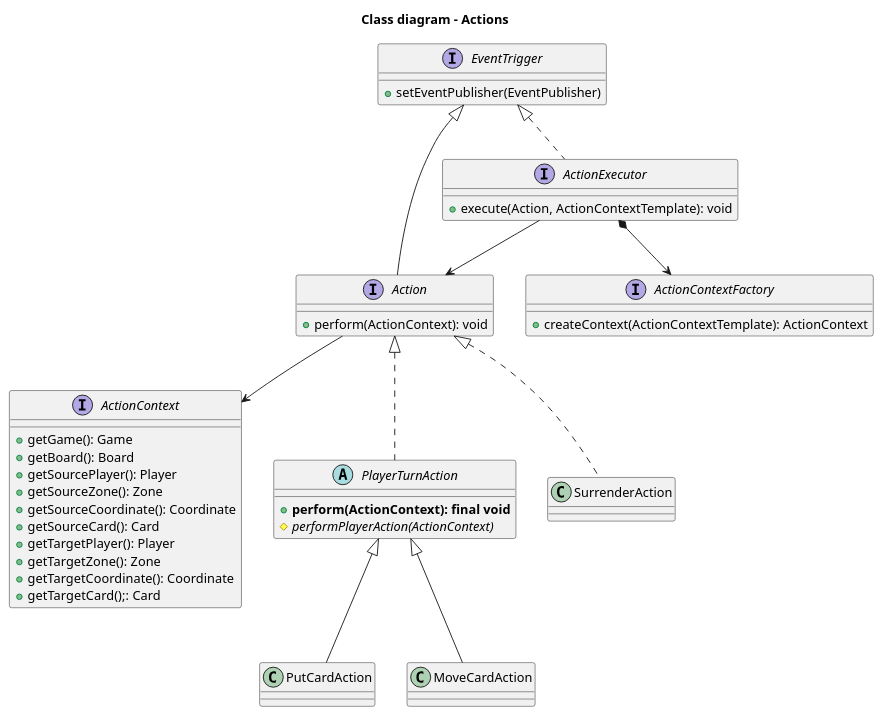
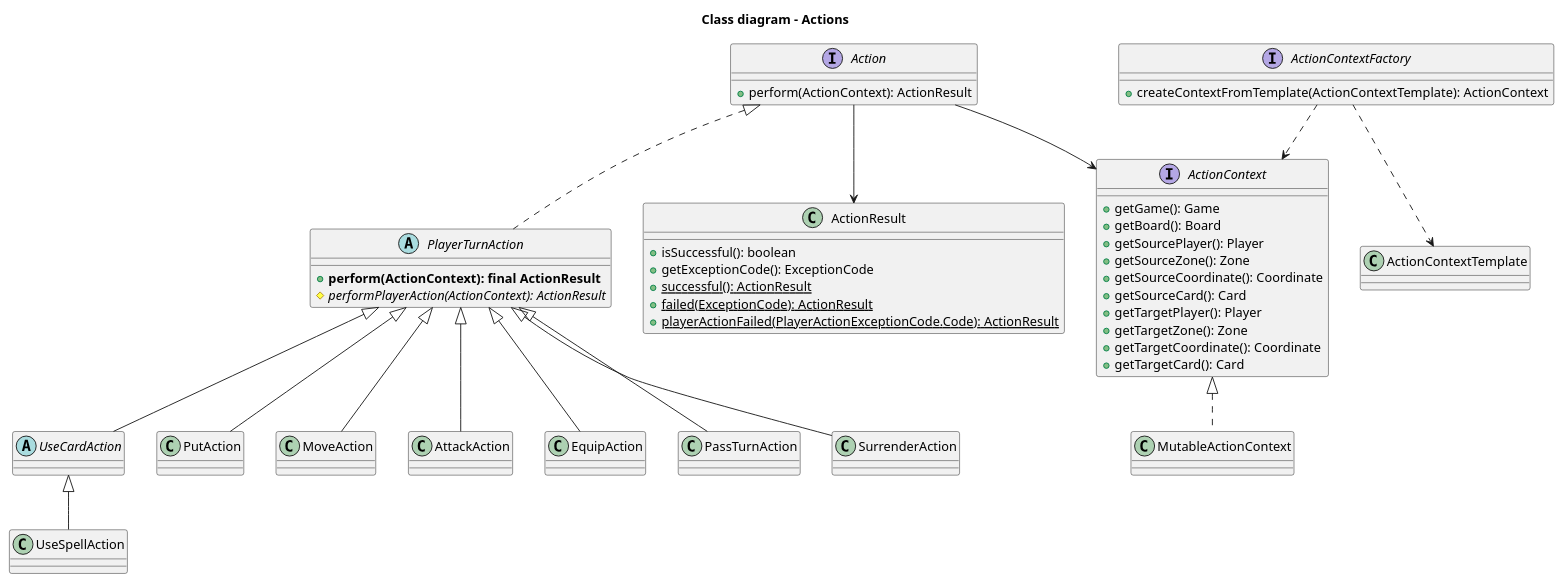
The diagram in docs/development/diagrams/class_diagram-actions.plantuml (DainWs/Crazy-Random-Multiverse), drawn with PlantUML before and after one commit. The commit also changed 16 other files, not shown here.

Commit message:
align the guides, diagrams and readme with the code

```diff
--- a/docs/development/diagrams/class_diagram-actions.plantuml
+++ b/docs/development/diagrams/class_diagram-actions.plantuml
@@ -1,48 +1,56 @@
-@startuml	
+@startuml
 title "Class diagram - Actions"
-
-interface EventTrigger {
- +setEventPublisher(EventPublisher)
-}
 
 interface ActionContext {
  +getGame(): Game
  +getBoard(): Board
  +getSourcePlayer(): Player
  +getSourceZone(): Zone
  +getSourceCoordinate(): Coordinate
  +getSourceCard(): Card
  +getTargetPlayer(): Player
  +getTargetZone(): Zone
  +getTargetCoordinate(): Coordinate
- +getTargetCard();: Card
+ +getTargetCard(): Card
 }
 
-interface Action extends EventTrigger {
- +perform(ActionContext): void
+interface Action {
+ +perform(ActionContext): ActionResult
+}
+
+class ActionResult {
+ +isSuccessful(): boolean
+ +getExceptionCode(): ExceptionCode
+ +{static} successful(): ActionResult
+ +{static} failed(ExceptionCode): ActionResult
+ +{static} playerActionFailed(PlayerActionExceptionCode.Code): ActionResult
 }
 
 interface ActionContextFactory {
- +createContext(ActionContextTemplate): ActionContext
-}
-
-interface ActionExecutor {
- +execute(Action, ActionContextTemplate): void
+ +createContextFromTemplate(ActionContextTemplate): ActionContext
 }
 
 abstract class PlayerTurnAction {
- +<b>perform(ActionContext): final void</b>
- #{abstract} performPlayerAction(ActionContext)
+ +<b>perform(ActionContext): final ActionResult</b>
+ #{abstract} performPlayerAction(ActionContext): ActionResult
 }
 
-EventTrigger <|.. ActionExecutor
+abstract class UseCardAction
 
-ActionExecutor *--> ActionContextFactory
-ActionExecutor --> Action
+ActionContextFactory ..> ActionContextTemplate
+ActionContextFactory ..> ActionContext
+ActionContext <|.. MutableActionContext
+
 Action --> ActionContext
+Action --> ActionResult
 
-Action <|.. SurrenderAction
 Action <|.. PlayerTurnAction
-PlayerTurnAction <|-- PutCardAction
-PlayerTurnAction <|-- MoveCardAction
+PlayerTurnAction <|-- PutAction
+PlayerTurnAction <|-- MoveAction
+PlayerTurnAction <|-- AttackAction
+PlayerTurnAction <|-- EquipAction
+PlayerTurnAction <|-- PassTurnAction
+PlayerTurnAction <|-- SurrenderAction
+PlayerTurnAction <|-- UseCardAction
+UseCardAction <|-- UseSpellAction
 @enduml
```
